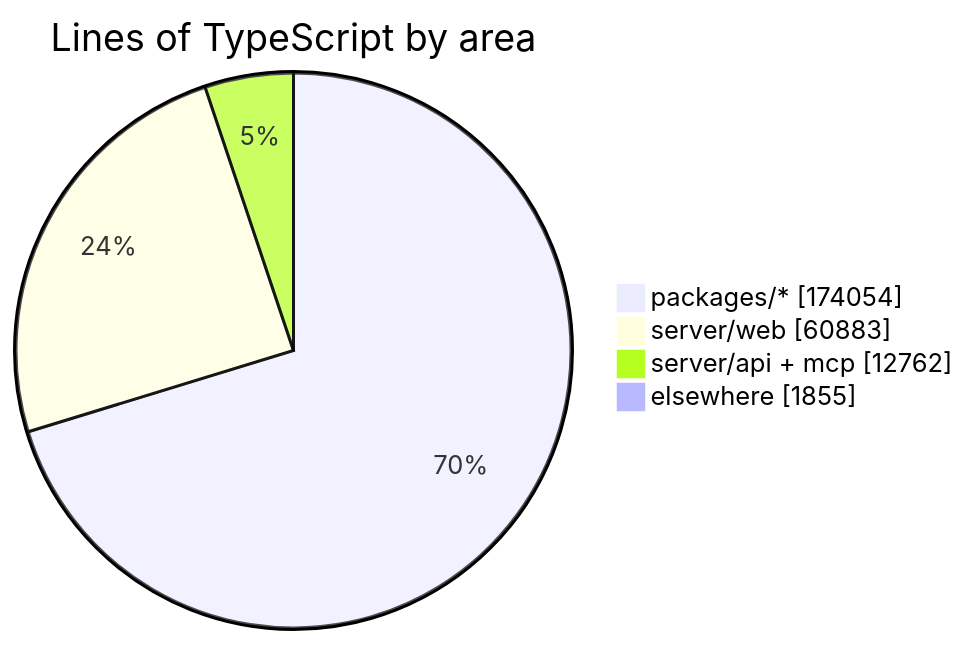
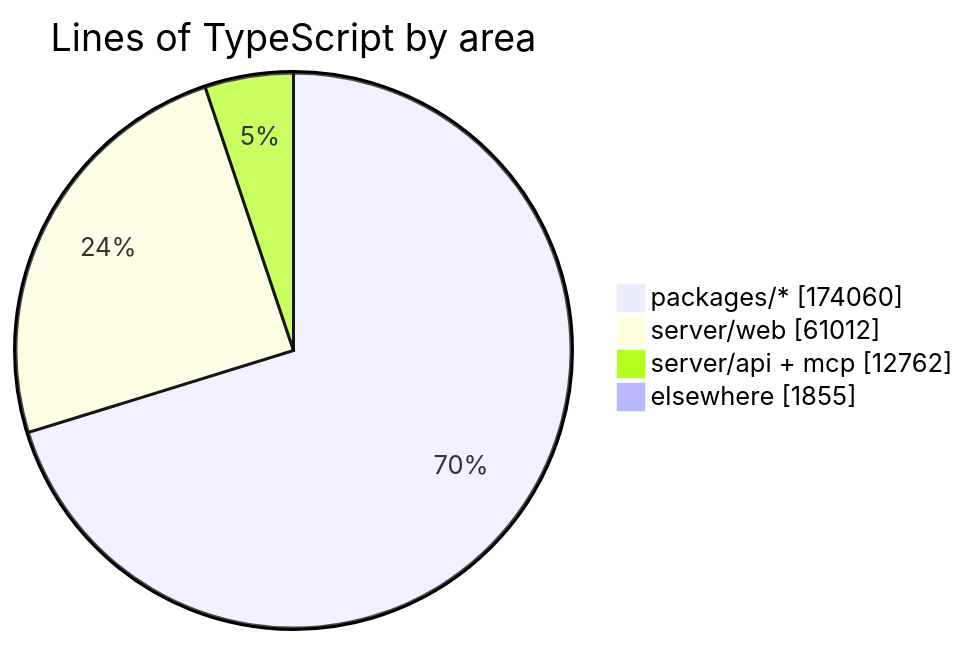
The diagram in README.md (crossworks-engineering/mantle), drawn with Mermaid before and after one commit. The commit also changed other lines of this file and 2 other files, not shown here.

````diff
--- a/README.md
+++ b/README.md
@@ -279,7 +279,7 @@
 ```mermaid
 pie showData title Lines of TypeScript by area
-    "packages/*" : 174054
-    "server/web" : 60883
+    "packages/*" : 174060
+    "server/web" : 61012
     "server/api + mcp" : 12762
     "elsewhere" : 1855
 ```
````
